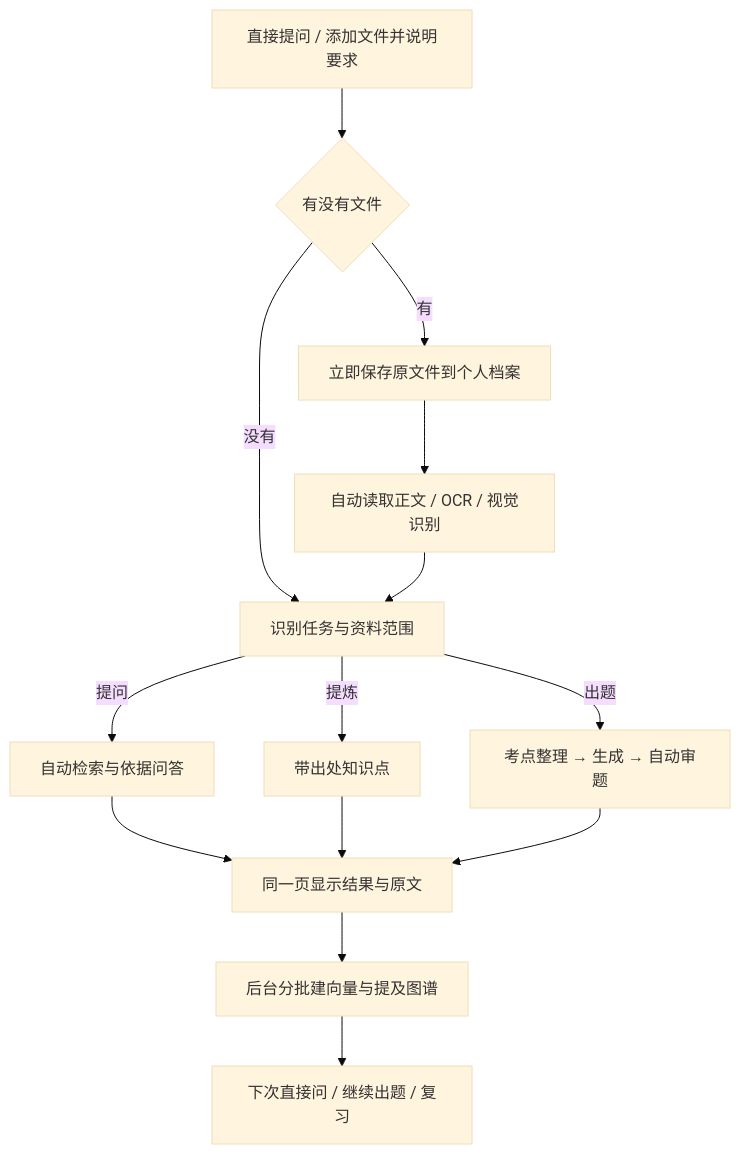
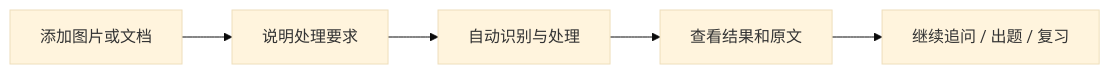
Before and after one commit to hvqo/MediGraphRAG: the first of 2 diagrams in README.md, drawn with Mermaid (base theme). The commit also changed other lines of this file and 1 other file, not shown here.

````diff
--- a/README.md
+++ b/README.md
@@ -35,16 +51,7 @@
 ```mermaid
-flowchart TD
-  U[直接提问 / 添加文件并说明要求] --> I{有没有文件}
-  I -->|有| S[立即保存原文件到个人档案]
-  S --> P[自动读取正文 / OCR / 视觉识别]
-  I -->|没有| T[识别任务与资料范围]
-  P --> T
-  T -->|提问| A[自动检索与依据问答]
-  T -->|提炼| K[带出处知识点]
-  T -->|出题| G[考点整理 → 生成 → 自动审题]
-  A --> R[同一页显示结果与原文]
-  K --> R
-  G --> R
-  R --> B[后台分批建向量与提及图谱]
-  B --> N[下次直接问 / 继续出题 / 复习]
+flowchart LR
+    A[添加图片或文档] --> B[说明处理要求]
+    B --> C[自动识别与处理]
+    C --> D[查看结果和原文]
+    D --> E[继续追问 / 出题 / 复习]
 ```
````
